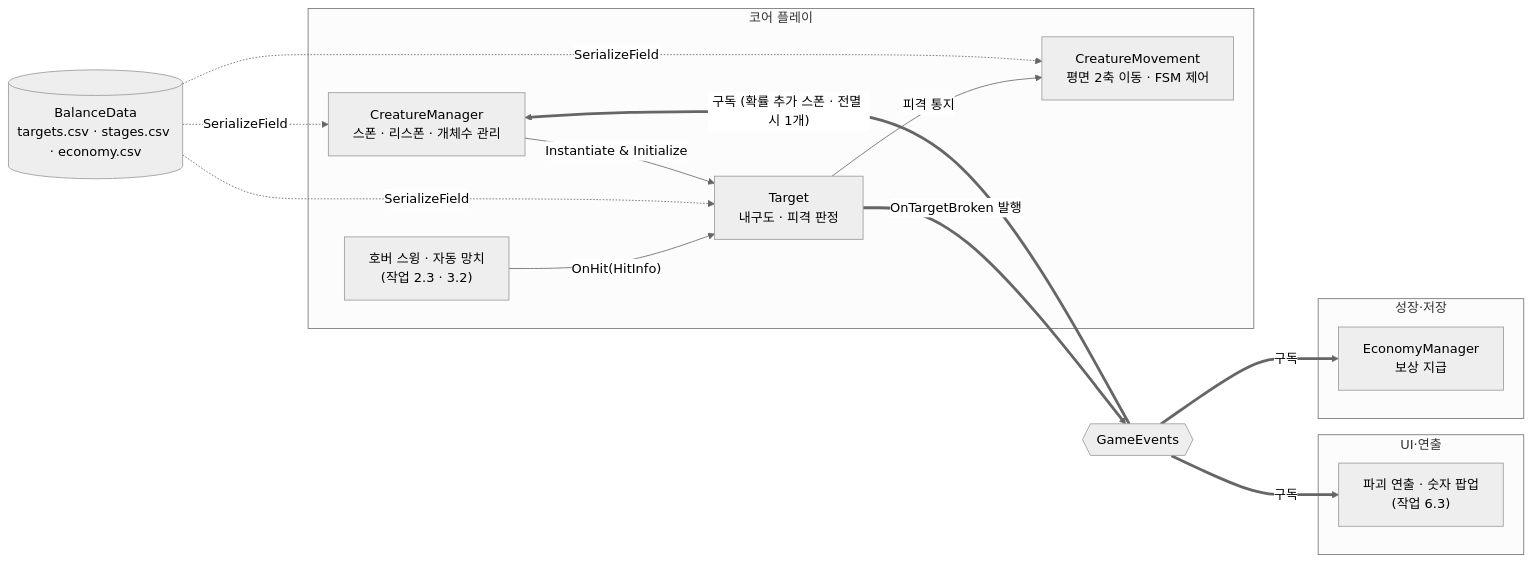
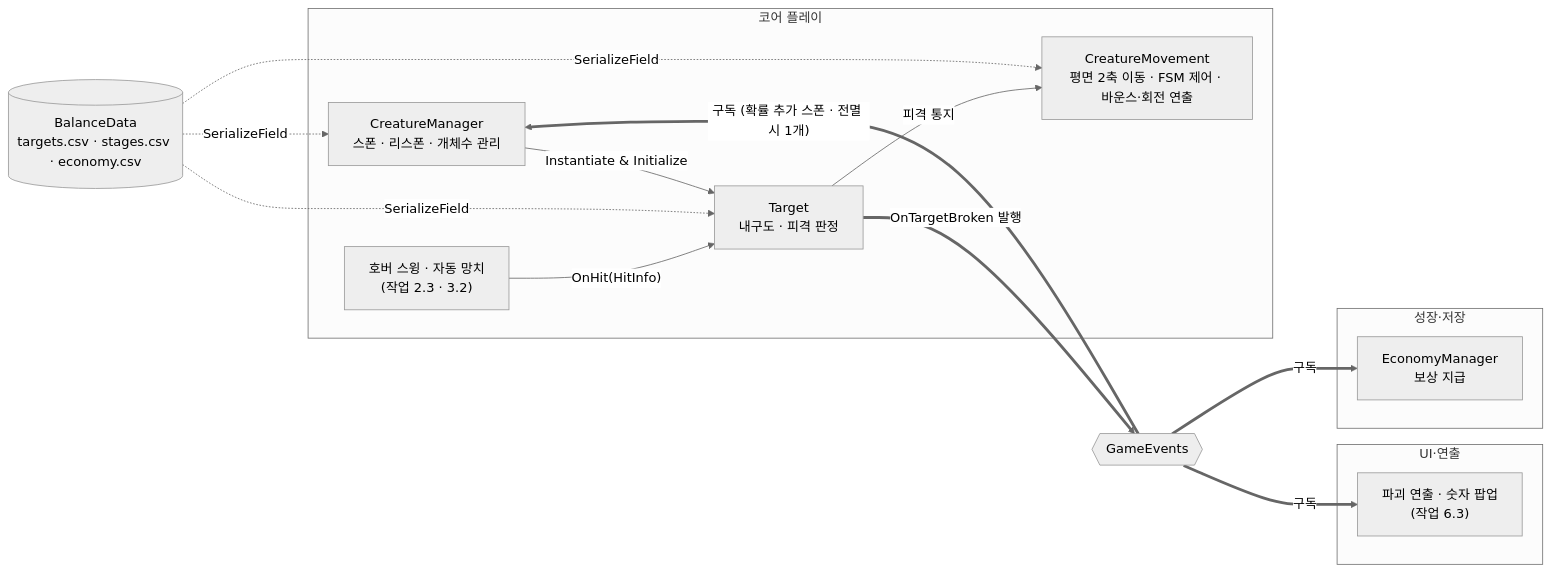
The diagram in docs/TECH_NOTES/hit-targets.md (KDNA-Gwangju-1/NCAIClicker), drawn with Mermaid (neutral theme) before and after one commit. The commit also changed other lines of this file and 6 other files, not shown here.

````diff
--- a/docs/TECH_NOTES/hit-targets.md
+++ b/docs/TECH_NOTES/hit-targets.md
@@ -41,31 +41,31 @@
 ```mermaid
 flowchart LR
   subgraph Core["코어 플레이"]
     mgr["CreatureManager<br/>스폰 · 리스폰 · 개체수 관리"]
-    movement["CreatureMovement<br/>평면 2축 이동 · FSM 제어"]
+    movement["CreatureMovement<br/>평면 2축 이동 · FSM 제어 · 바운스·회전 연출"]
     target["Target<br/>내구도 · 피격 판정"]
     swing["호버 스윙 · 자동 망치<br/>(작업 2.3 · 3.2)"]
   end
 
   subgraph Growth["성장·저장"]
     econ["EconomyManager<br/>보상 지급"]
   end
 
   subgraph Fx["UI·연출"]
     vfx["파괴 연출 · 숫자 팝업<br/>(작업 6.3)"]
   end
 
   events{{"GameEvents"}}
   balance[("BalanceData<br/>targets.csv · stages.csv · economy.csv")]
 
   swing -- "OnHit(HitInfo)" --> target
   target -- "피격 통지" --> movement
   balance -. "SerializeField" .-> target
   balance -. "SerializeField" .-> movement
   balance -. "SerializeField" .-> mgr
   mgr -- "Instantiate & Initialize" --> target
   target == "OnTargetBroken 발행" ==> events
   events == "구독 (확률 추가 스폰 · 전멸 시 1개)" ==> mgr
   events == "구독" ==> econ
   events == "구독" ==> vfx
 ```
````
